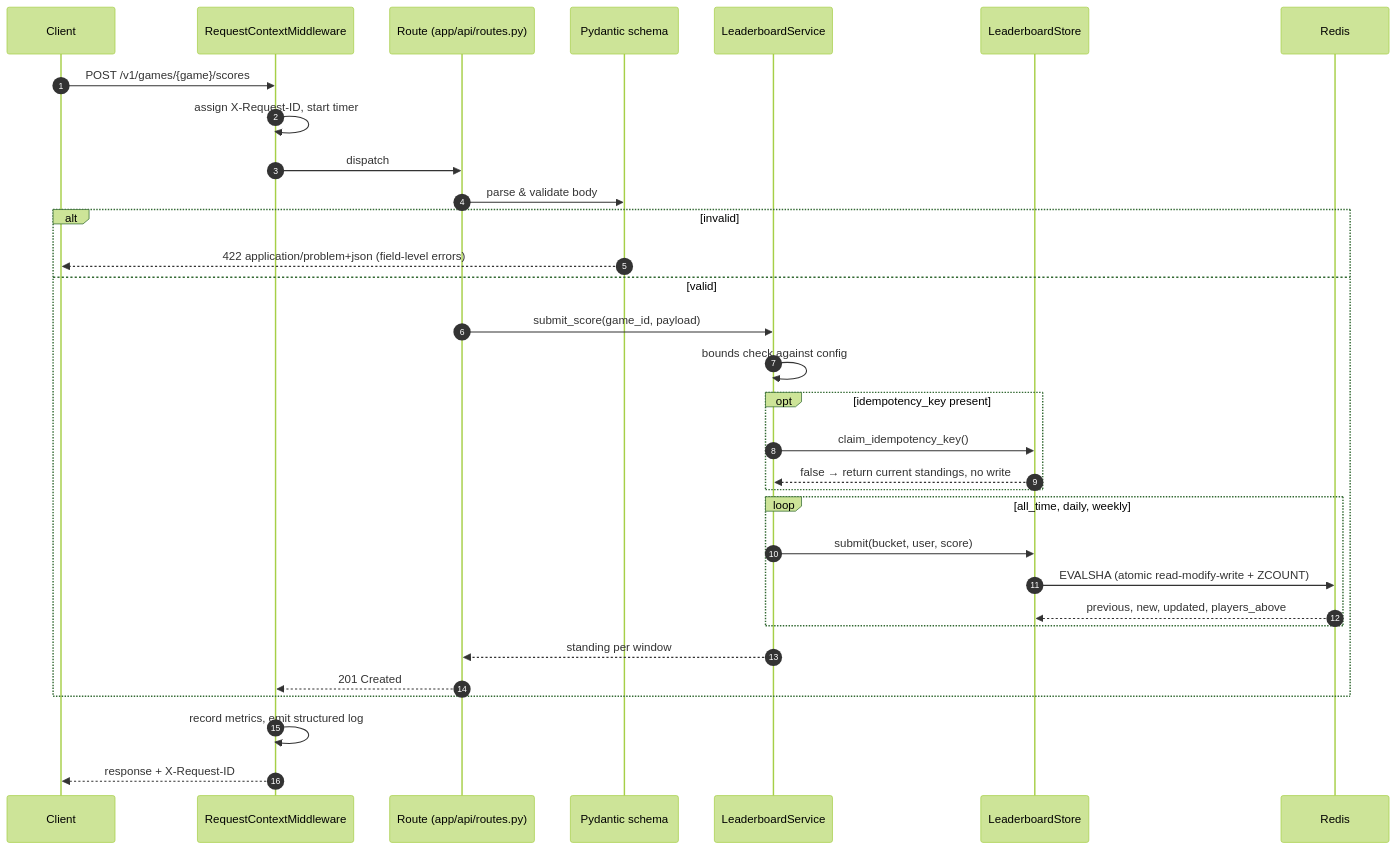
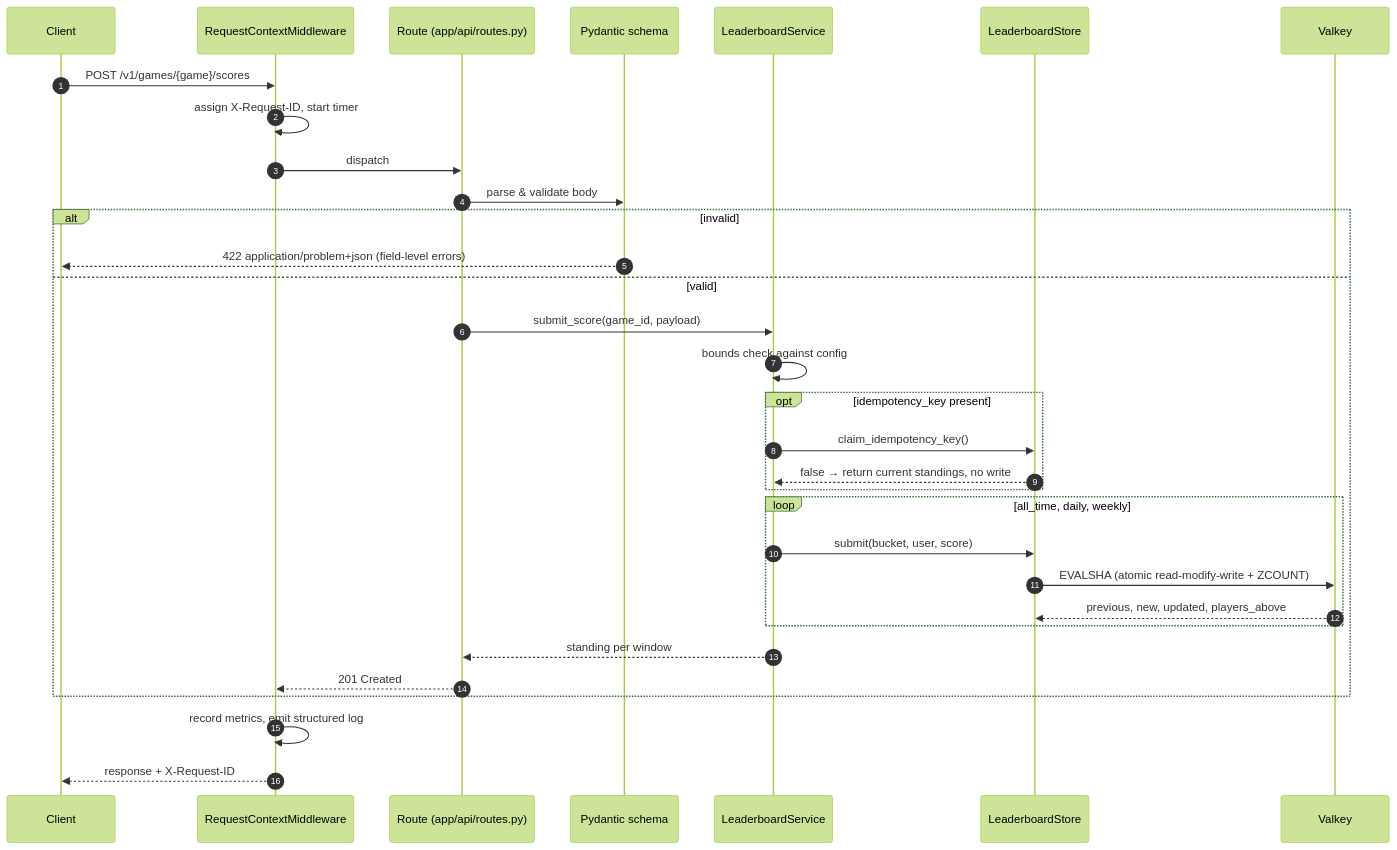
The second of 6 diagrams in docs/architecture.md (evasy/gaming-leaderboard-api), drawn with Mermaid (forest theme) before and after one commit. The commit also changed other lines of this file, not shown here.

First line of the commit message:
Name the datastore consistently in the architecture diagrams

````diff
--- a/docs/architecture.md
+++ b/docs/architecture.md
@@ -42,35 +50,35 @@
 ```mermaid
 sequenceDiagram
     autonumber
     participant C as Client
     participant M as RequestContextMiddleware
     participant R as Route (app/api/routes.py)
     participant V as Pydantic schema
     participant S as LeaderboardService
     participant T as LeaderboardStore
-    participant D as Redis
+    participant D as Valkey
 
     C->>M: POST /v1/games/{game}/scores
     M->>M: assign X-Request-ID, start timer
     M->>R: dispatch
     R->>V: parse & validate body
     alt invalid
         V-->>C: 422 application/problem+json (field-level errors)
     else valid
         R->>S: submit_score(game_id, payload)
         S->>S: bounds check against config
         opt idempotency_key present
             S->>T: claim_idempotency_key()
             T-->>S: false  →  return current standings, no write
         end
         loop all_time, daily, weekly
             S->>T: submit(bucket, user, score)
             T->>D: EVALSHA (atomic read-modify-write + ZCOUNT)
             D-->>T: previous, new, updated, players_above
         end
         S-->>R: standing per window
         R-->>M: 201 Created
     end
     M->>M: record metrics, emit structured log
     M-->>C: response + X-Request-ID
 ```
````
